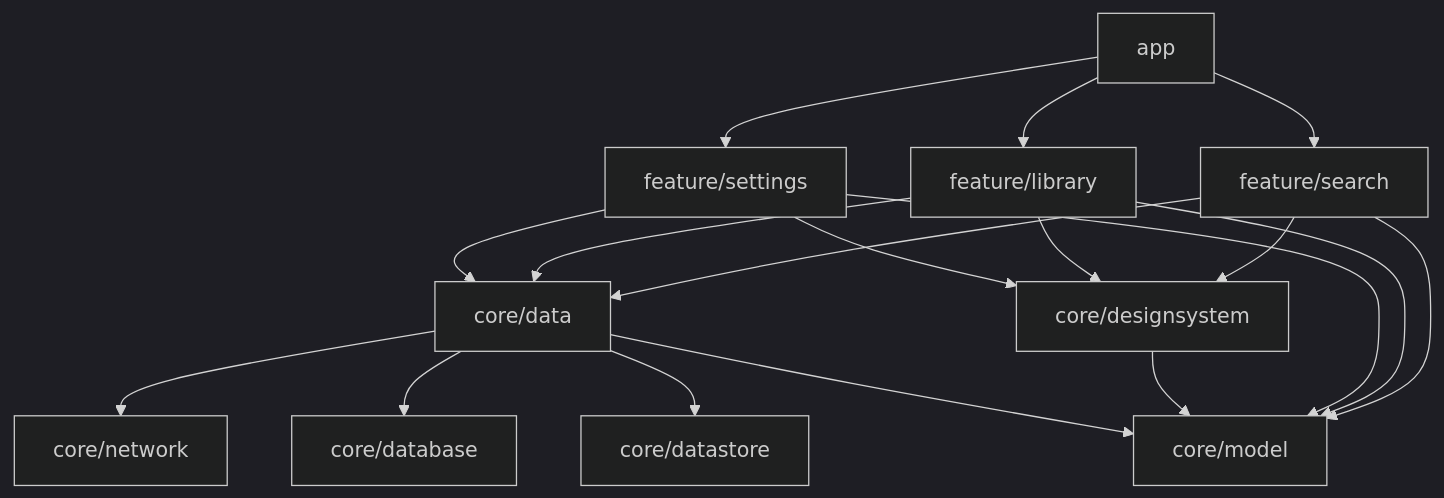
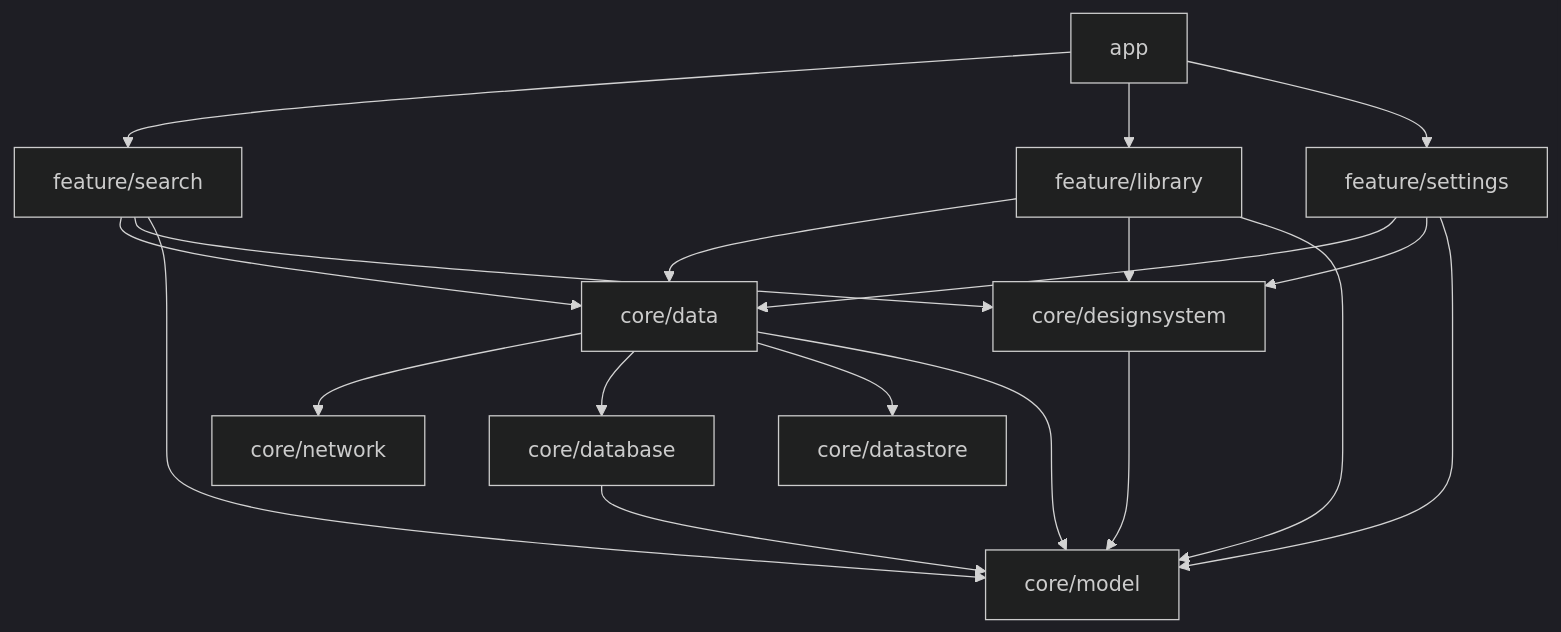
One commit to FadyFouad/Hashiya changed the diagram in README.md. Above: the diagram before and after it, drawn with Mermaid (dark theme). The commit also changed other lines of this file, not shown here.

````diff
--- a/README.md
+++ b/README.md
@@ -27,7 +28,8 @@
 ```mermaid
 graph TD
     app --> feature/search & feature/library & feature/settings
     feature/search & feature/library & feature/settings --> core/data & core/designsystem & core/model
     core/designsystem --> core/model
+    core/database --> core/model
     core/data --> core/network & core/database & core/datastore & core/model
 ```
````
